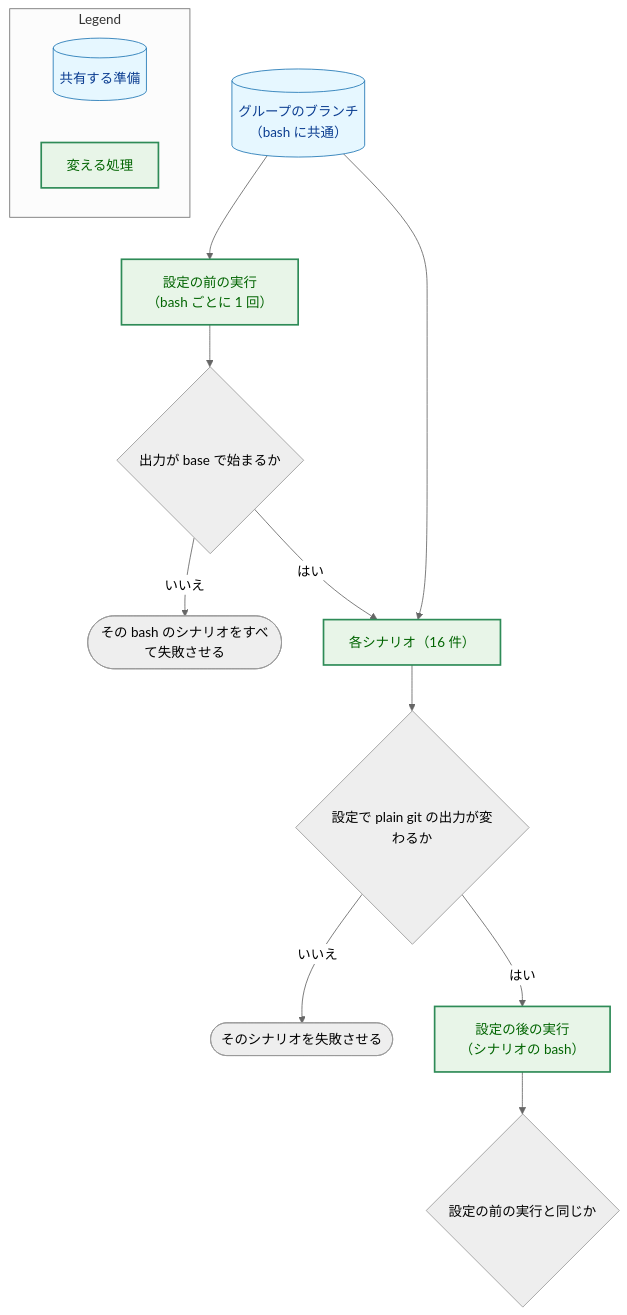
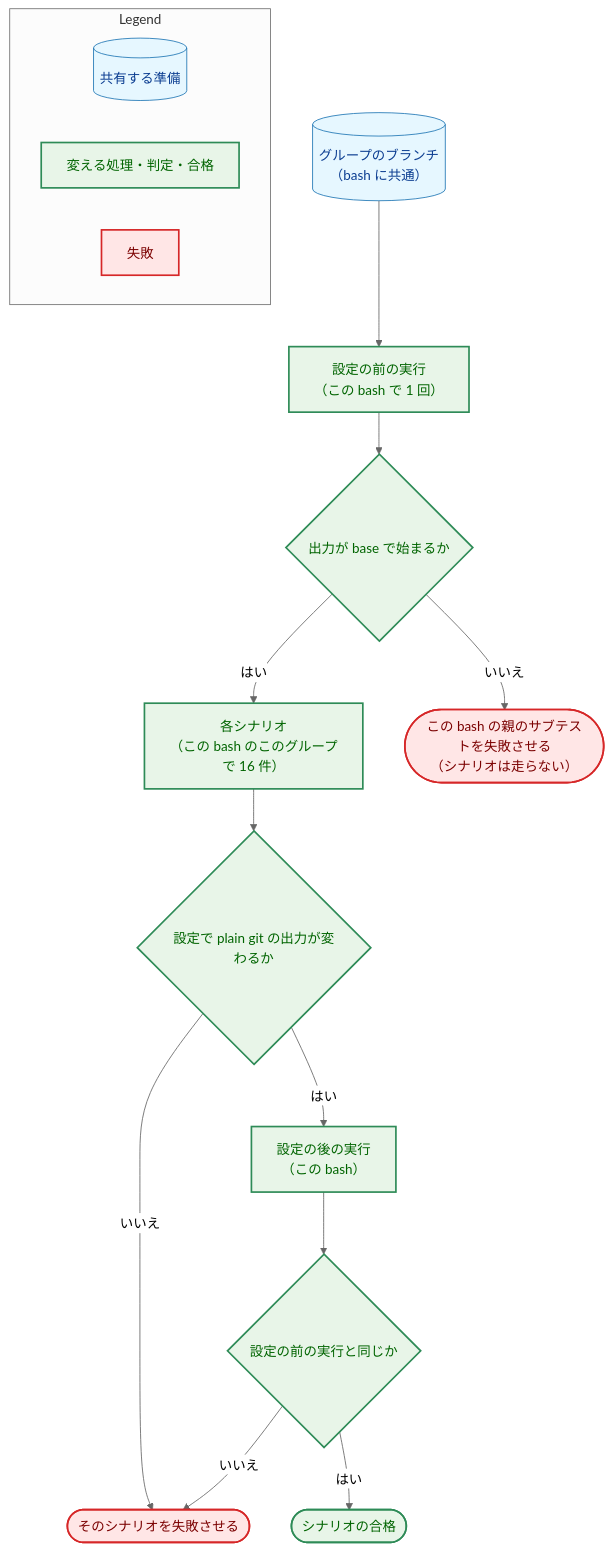
One commit to isseis/yt2column changed the fourth of 4 diagrams in docs/tasks/0127_git_fixture_test_speedup/02_architecture.md. Above: the diagram before and after it, drawn with Mermaid (neutral theme). The commit also changed other lines of this file, not shown here.

First line of the commit message:
docs(0127): address the architecture review and Japanese prose findings

````diff
--- a/docs/tasks/0127_git_fixture_test_speedup/02_architecture.md
+++ b/docs/tasks/0127_git_fixture_test_speedup/02_architecture.md
@@ -377,33 +404,39 @@
 ```mermaid
 flowchart TD
     classDef data fill:#e6f7ff,stroke:#1f77b4,stroke-width:1px,color:#0b3d91;
     classDef enhanced fill:#e8f5e8,stroke:#2e8b57,stroke-width:2px,color:#006400;
+    classDef problem fill:#ffe6e6,stroke:#d62728,stroke-width:2px,color:#7b0000;
 
     BR[("グループのブランチ<br>（bash に共通）")]
-    BEFORE["設定の前の実行<br>（bash ごとに 1 回）"]
+    BEFORE["設定の前の実行<br>（この bash で 1 回）"]
     PRE{"出力が base で始まるか"}
-    FAILALL(["その bash のシナリオをすべて失敗させる"])
-    SC["各シナリオ（16 件）"]
+    SC["各シナリオ<br>（この bash のこのグループで 16 件）"]
     PLAIN{"設定で plain git の出力が変わるか"}
+    AFTER["設定の後の実行<br>（この bash）"]
+    CMP{"設定の前の実行と同じか"}
+    PASS(["シナリオの合格"])
+    FAILALL(["この bash の親のサブテストを失敗させる<br>（シナリオは走らない）"])
     FAILONE(["そのシナリオを失敗させる"])
-    AFTER["設定の後の実行<br>（シナリオの bash）"]
-    CMP{"設定の前の実行と同じか"}
 
     BR --> BEFORE --> PRE
     PRE -->|"いいえ"| FAILALL
     PRE -->|"はい"| SC
-    BR --> SC
     SC --> PLAIN
     PLAIN -->|"いいえ"| FAILONE
     PLAIN -->|"はい"| AFTER --> CMP
+    CMP -->|"はい"| PASS
+    CMP -->|"いいえ"| FAILONE
 
     class BR data
-    class BEFORE,SC,AFTER enhanced
+    class BEFORE,SC,AFTER,PRE,PLAIN,CMP,PASS enhanced
+    class FAILALL,FAILONE problem
 
     subgraph Legend["Legend"]
         L1[("共有する準備")]
-        L2["変える処理"]
+        L2["変える処理・判定・合格"]
+        L3["失敗"]
     end
     class L1 data
     class L2 enhanced
+    class L3 problem
 ```
````
